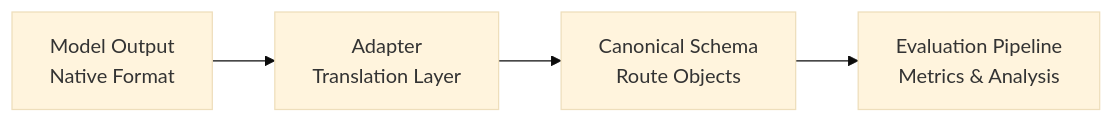
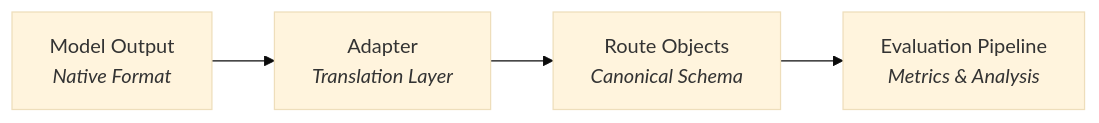
The first of 2 diagrams in docs/concepts.md (ischemist/project-procrustes), drawn with Mermaid (base theme) before and after one commit. The commit also changed other lines of this file and 19 other files, not shown here.

````diff
--- a/docs/concepts.md
+++ b/docs/concepts.md
@@ -19,7 +19,7 @@
 ```mermaid
 graph LR
-    A[Model Output<br/>Native Format] --> B[Adapter<br/>Translation Layer]
-    B --> C[Canonical Schema<br/>Route Objects]
-    C --> D[Evaluation Pipeline<br/>Metrics & Analysis]
+    A[Model Output<br/><i>Native Format</i>] --> B[Adapter<br/><i>Translation Layer</i>]
+    B --> C[Route Objects<br/><i>Canonical Schema</i>]
+    C --> D[Evaluation Pipeline<br/><i>Metrics & Analysis</i>]
 
 ```
````
